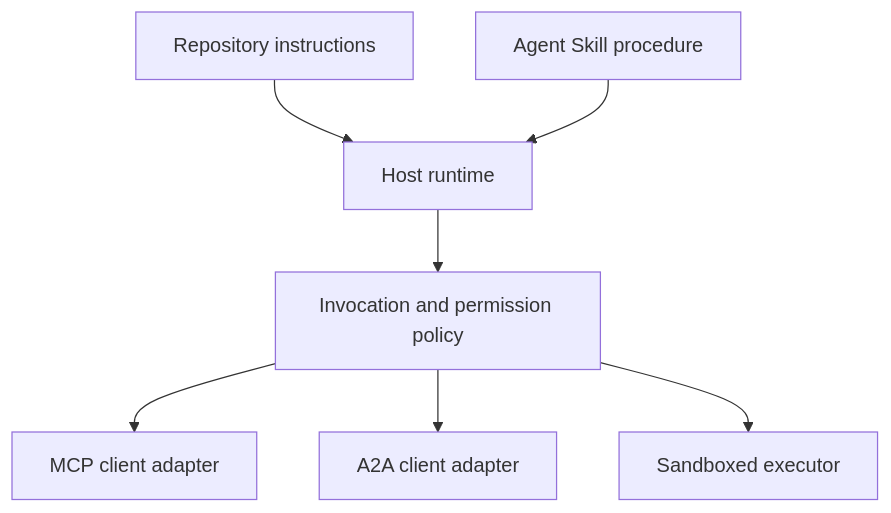
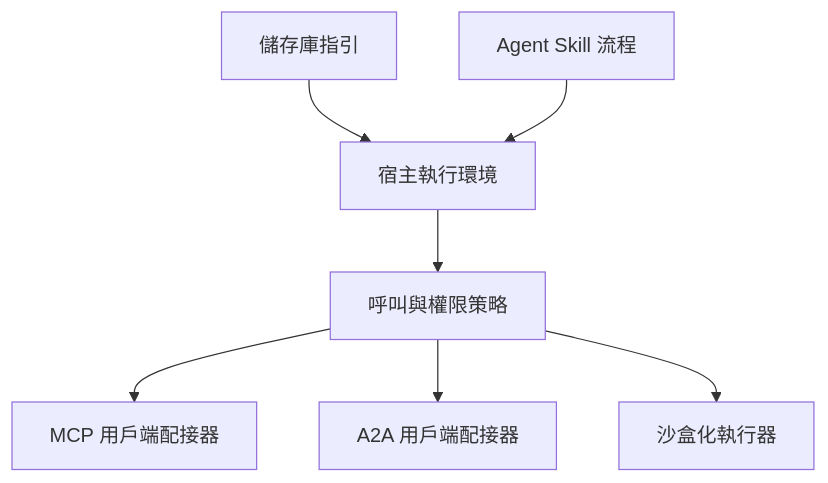
One commit to edward821220/ai-engineering-from-scratch changed the third of 3 diagrams in i18n/zh-TW/phases/13-tools-and-protocols/23-capstone-tool-ecosystem/docs/zh-TW.md. Above: the diagram before and after it, drawn with Mermaid. The commit also changed other lines of this file and 19 other files, not shown here.

````diff
--- a/i18n/zh-TW/phases/13-tools-and-protocols/23-capstone-tool-ecosystem/docs/zh-TW.md
+++ b/i18n/zh-TW/phases/13-tools-and-protocols/23-capstone-tool-ecosystem/docs/zh-TW.md
@@ -136,9 +136,9 @@
 ```mermaid
 flowchart TD
-  RI[Repository instructions] --> H[Host runtime]
-  SK[Agent Skill procedure] --> H
-  H --> P[Invocation and permission policy]
-  P --> MCP[MCP client adapter]
-  P --> A2A[A2A client adapter]
-  P --> EX[Sandboxed executor]
+  RI[儲存庫指引] --> H[宿主執行環境]
+  SK[Agent Skill 流程] --> H
+  H --> P[呼叫與權限策略]
+  P --> MCP[MCP 用戶端配接器]
+  P --> A2A[A2A 用戶端配接器]
+  P --> EX[沙盒化執行器]
 ```
````
